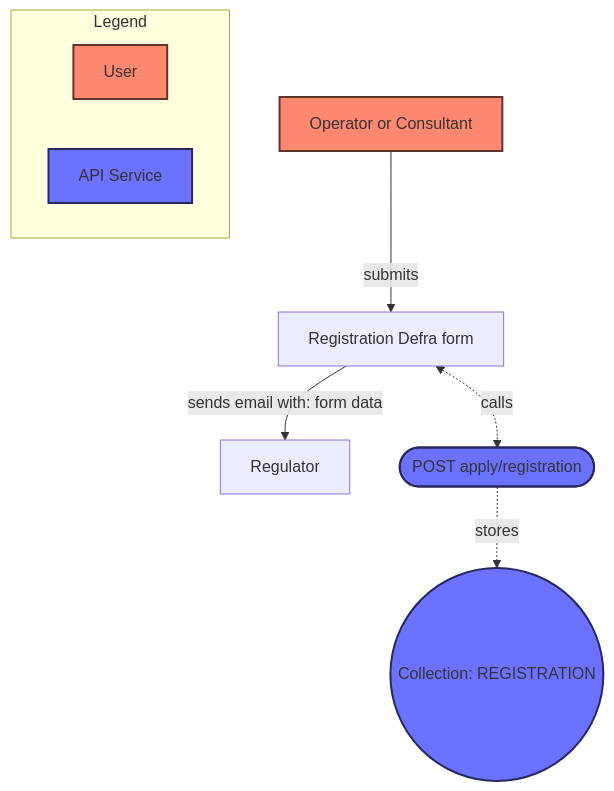
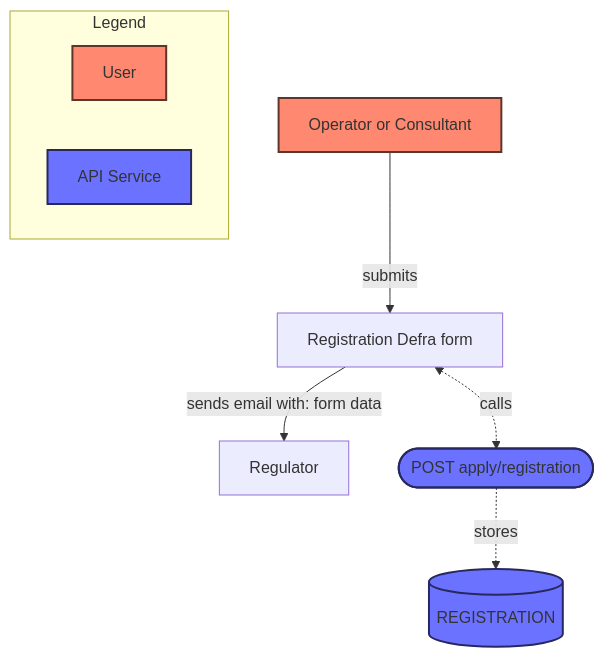
One commit to DEFRA/epr-backend changed the fourth of 10 diagrams in docs/architecture/defined/2025-reg-acc-lld.md. Above: the diagram before and after it, drawn with Mermaid. The commit also changed other lines of this file and 1 other file, not shown here.

````diff
--- a/docs/architecture/defined/2025-reg-acc-lld.md
+++ b/docs/architecture/defined/2025-reg-acc-lld.md
@@ -143,26 +143,26 @@
 ```mermaid
 flowchart TD;
 
 %% Styles
 classDef user fill:#FF8870,stroke:#5E342B,stroke-width:2px
 classDef service fill:#6B72FF,stroke:#27295E,stroke-width:2px
 
 %% Entities
 operator[Operator or Consultant]
 regulator[Regulator]
 form[Registration Defra form]
 endpoint([POST apply/registration])
-database((Collection: REGISTRATION))
+database[(REGISTRATION)]
 
 %% Flow
 operator:::user --submits-->form
 form<-.calls.->endpoint:::service
 form--sends email with: form data-->regulator
 endpoint:::service -.stores.->database:::service
 
 %% Legend
 subgraph legend [Legend]
   User:::user
   apiService[API Service]:::service
 end
 ```
````
